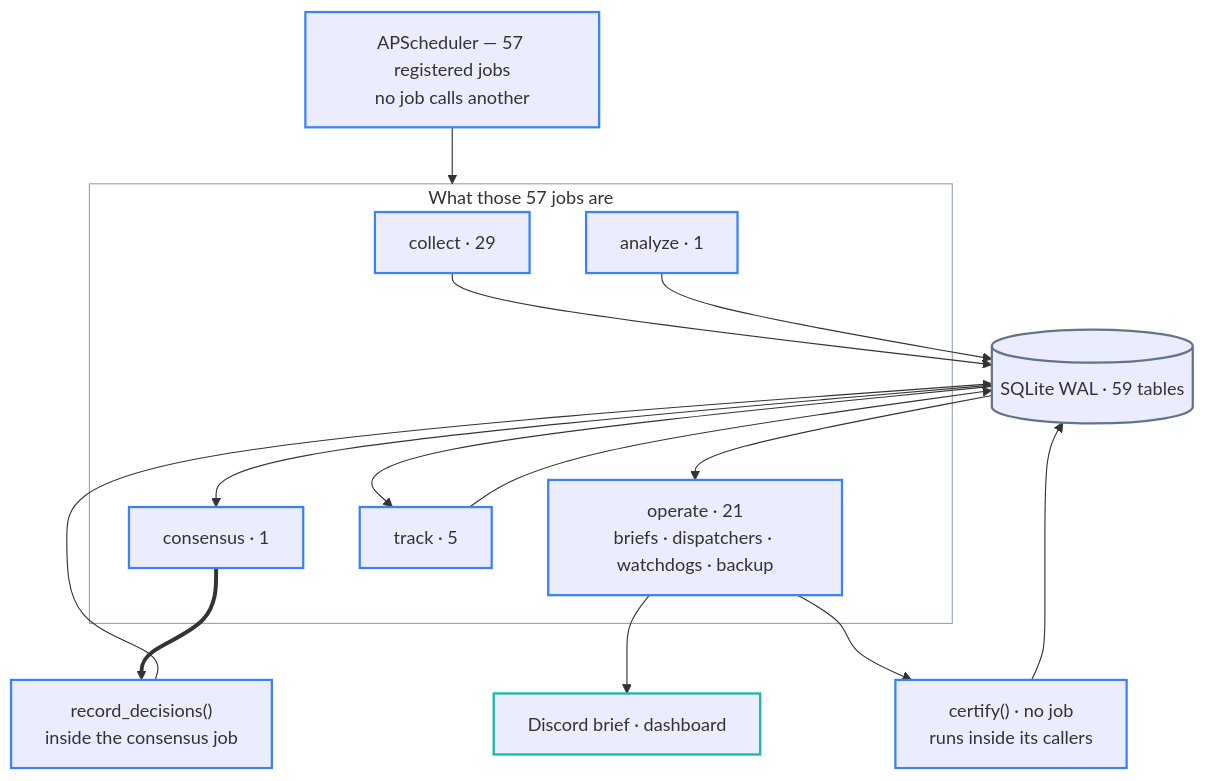
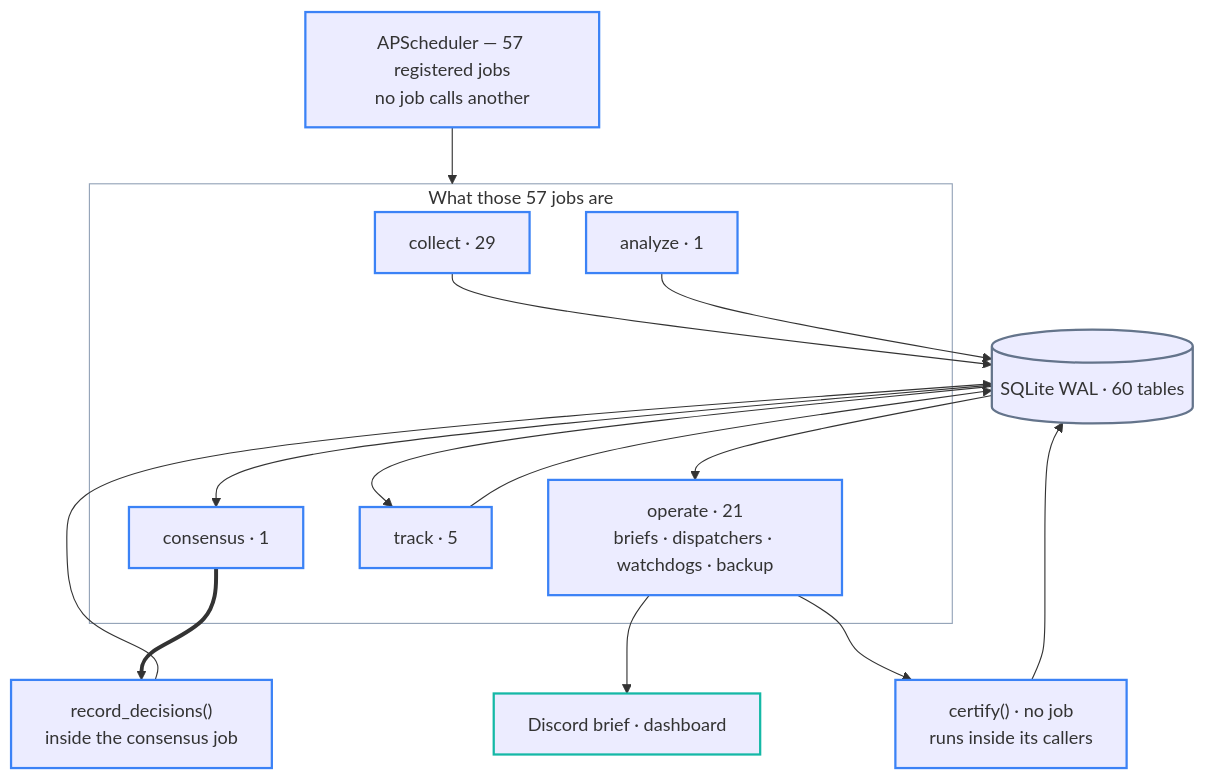
The second of 4 diagrams in README.md (researcherhojin/nuri-quant), drawn with Mermaid before and after one commit. The commit also changed other lines of this file and 14 other files, not shown here.

````diff
--- a/README.md
+++ b/README.md
@@ -83,38 +83,38 @@
 ```mermaid
 flowchart TB
     CLOCK["APScheduler — 57 registered jobs<br/>no job calls another"]
 
     subgraph JOBS["What those 57 jobs are"]
         JC["collect · 29"]
         JA["analyze · 1"]
         JD["consensus · 1"]
         JT["track · 5"]
         JO["operate · 21<br/>briefs · dispatchers · watchdogs · backup"]
     end
 
-    DB[("SQLite WAL · 59 tables")]
+    DB[("SQLite WAL · 60 tables")]
     RD["record_decisions()<br/>inside the consensus job"]
     CERT["certify() · no job<br/>runs inside its callers"]
     OUT["Discord brief · dashboard"]
 
     CLOCK --> JOBS
     JC --> DB
     JA --> DB
     DB --> JD
     JD ==> RD
     RD --> DB
     DB --> JT
     JT --> DB
     DB --> JO --> OUT
     JO --> CERT
     CERT --> DB
 
     classDef step  stroke:#3b82f6,stroke-width:2px
     classDef store stroke:#64748b,stroke-width:2px
     classDef out   stroke:#14b8a6,stroke-width:2px
     classDef zone  fill:none,stroke:#94a3b8,stroke-width:1px
     class CLOCK,JC,JA,JD,JT,JO,RD,CERT step
     class DB store
     class OUT out
     class JOBS zone
 ```
````
